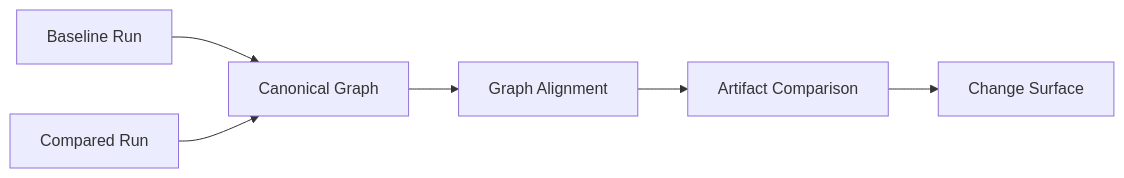
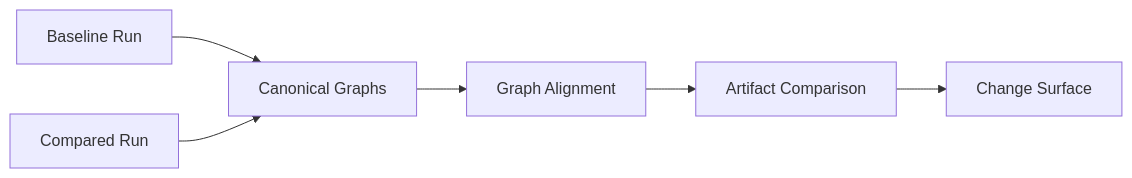
Before and after one commit to notrix-dev/notrix-trax: the first of 3 diagrams in docs/spec-diff-detect.md, drawn with Mermaid. The commit also changed other lines of this file, not shown here.

````diff
--- a/docs/spec-diff-detect.md
+++ b/docs/spec-diff-detect.md
@@ -46,8 +54,8 @@
 ```mermaid
 flowchart LR
-    A[Baseline Run] --> C[Canonical Graph]
+    A[Baseline Run] --> C[Canonical Graphs]
     B[Compared Run] --> C
     C --> D[Graph Alignment]
     D --> E[Artifact Comparison]
     E --> F[Change Surface]
 ```
````
